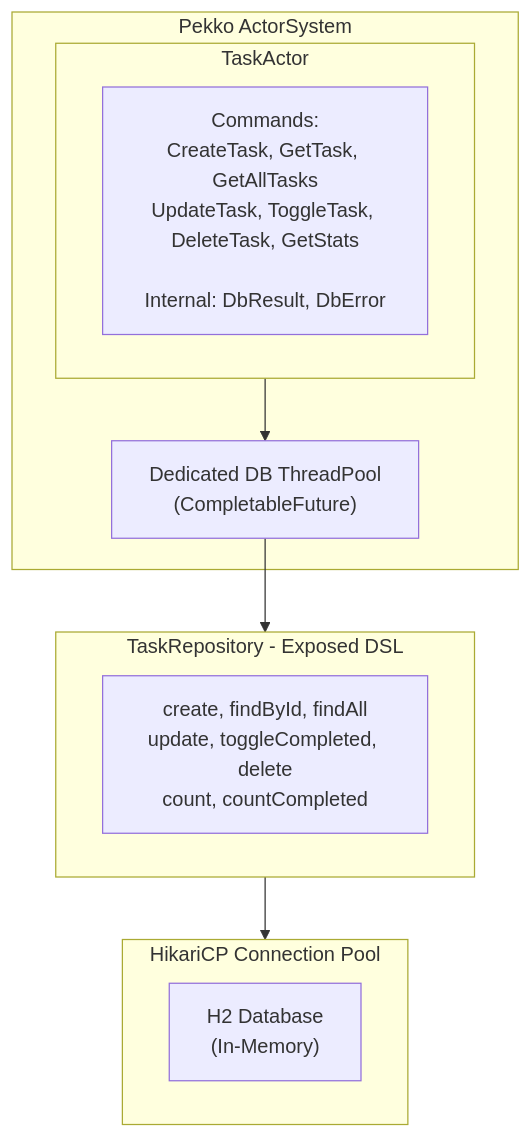
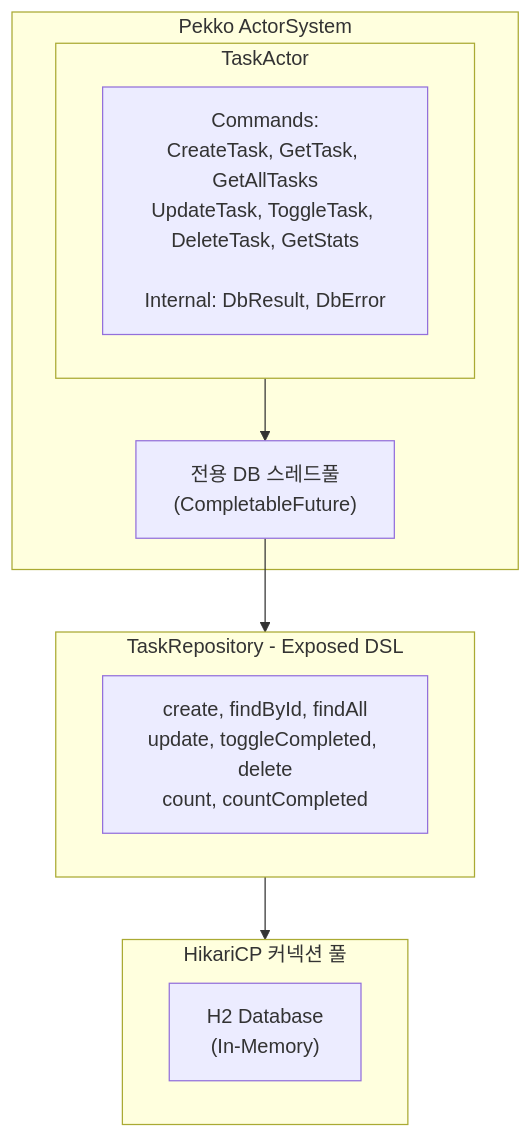
The diagram in exposed/README.md (iceflower/pekko-kotlin-demo), drawn with Mermaid before and after one commit. The commit also changed other lines of this file and 13 other files, not shown here.

````diff
--- a/exposed/README.md
+++ b/exposed/README.md
@@ -15,23 +15,23 @@
 ```mermaid
 flowchart TB
     subgraph ActorSystem[Pekko ActorSystem]
         subgraph TaskActor[TaskActor]
             Commands["Commands:<br/>CreateTask, GetTask, GetAllTasks<br/>UpdateTask, ToggleTask, DeleteTask, GetStats<br/><br/>Internal: DbResult, DbError"]
         end
 
-        ThreadPool["Dedicated DB ThreadPool<br/>(CompletableFuture)"]
+        ThreadPool["전용 DB 스레드풀<br/>(CompletableFuture)"]
 
         TaskActor --> ThreadPool
     end
 
     subgraph Repository[TaskRepository - Exposed DSL]
         Methods["create, findById, findAll<br/>update, toggleCompleted, delete<br/>count, countCompleted"]
     end
 
-    subgraph Database[HikariCP Connection Pool]
+    subgraph Database[HikariCP 커넥션 풀]
         H2["H2 Database<br/>(In-Memory)"]
     end
 
     ThreadPool --> Repository
     Repository --> Database
 ```
````
